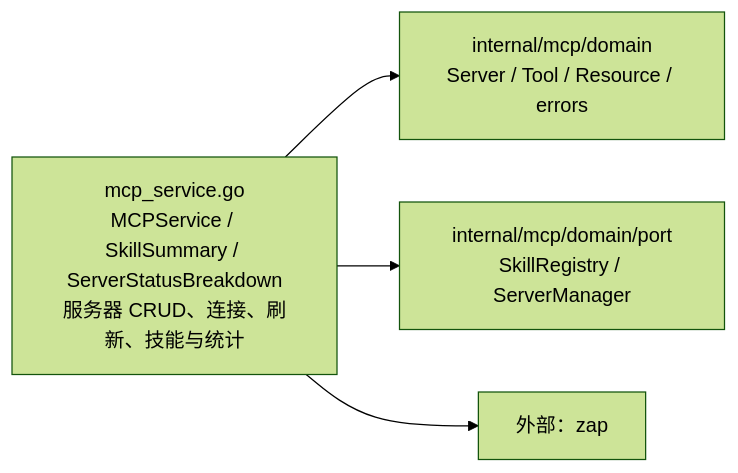
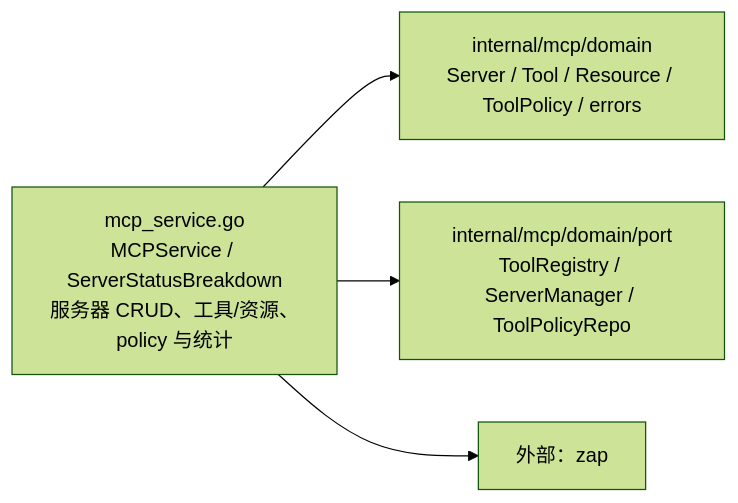
One commit to ArchChuan/Stratum changed the diagram in docs/go-package-architecture/internal-mcp-application.md. Above: the diagram before and after it, drawn with Mermaid (forest theme). The commit also changed other lines of this file and 26 other files, not shown here.

````diff
--- a/docs/go-package-architecture/internal-mcp-application.md
+++ b/docs/go-package-architecture/internal-mcp-application.md
@@ -7,10 +7,10 @@
 ```mermaid
 flowchart LR
-  service["mcp_service.go<br/>MCPService / SkillSummary / ServerStatusBreakdown<br/>服务器 CRUD、连接、刷新、技能与统计"]
-  domain["internal/mcp/domain<br/>Server / Tool / Resource / errors"]
-  ports["internal/mcp/domain/port<br/>SkillRegistry / ServerManager"]
+  service["mcp_service.go<br/>MCPService / ServerStatusBreakdown<br/>服务器 CRUD、工具/资源、policy 与统计"]
+  domain["internal/mcp/domain<br/>Server / Tool / Resource / ToolPolicy / errors"]
+  ports["internal/mcp/domain/port<br/>ToolRegistry / ServerManager / ToolPolicyRepo"]
   zap["外部：zap"]
   service --> domain
   service --> ports
   service --> zap
 ```
````
